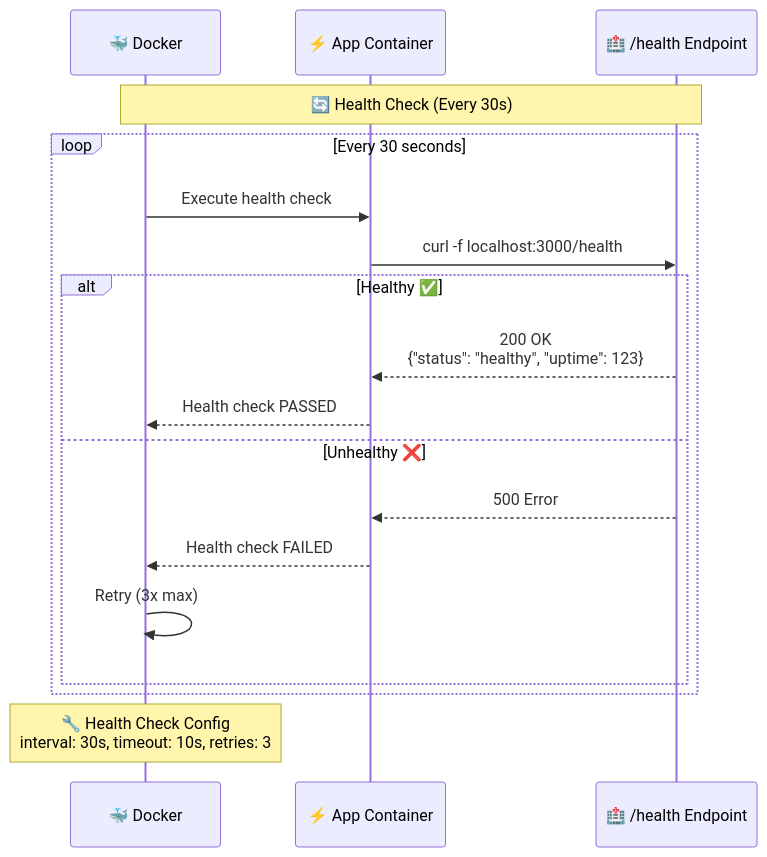
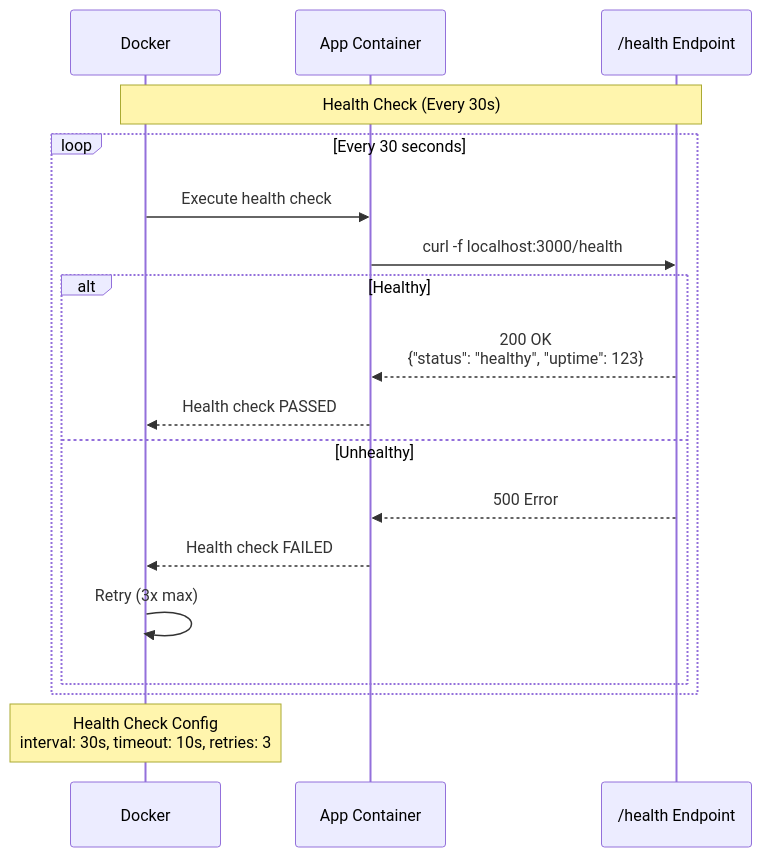
Before and after one commit to Shahriarin2garden/url-shortener-lab02-feature-nginx-layer: diagram 11 of 13 in url-shortener-lab02-feature-nginx-layer/README.md, drawn with Mermaid. The commit also changed other lines of this file, not shown here.

````diff
--- a/url-shortener-lab02-feature-nginx-layer/README.md
+++ b/url-shortener-lab02-feature-nginx-layer/README.md
@@ -402,24 +446,24 @@
 ```mermaid
 sequenceDiagram
-    participant Docker as 🐳 Docker
-    participant App as ⚡ App Container
-    participant Health as 🏥 /health Endpoint
-    
-    Note over Docker,Health: 🔄 Health Check (Every 30s)
-    
+    participant Docker as Docker
+    participant App as App Container
+    participant Health as /health Endpoint
+
+    Note over Docker,Health: Health Check (Every 30s)
+
     loop Every 30 seconds
         Docker->>App: Execute health check
         App->>Health: curl -f localhost:3000/health
-        
-        alt Healthy ✅
+
+        alt Healthy
             Health-->>App: 200 OK<br/>{"status": "healthy", "uptime": 123}
             App-->>Docker: Health check PASSED
-        else Unhealthy ❌
+        else Unhealthy
             Health-->>App: 500 Error
             App-->>Docker: Health check FAILED
             Docker->>Docker: Retry (3x max)
         end
     end
-    
-    Note over Docker: 🔧 Health Check Config<br/>interval: 30s, timeout: 10s, retries: 3
+
+    Note over Docker: Health Check Config<br/>interval: 30s, timeout: 10s, retries: 3
 ```
````
